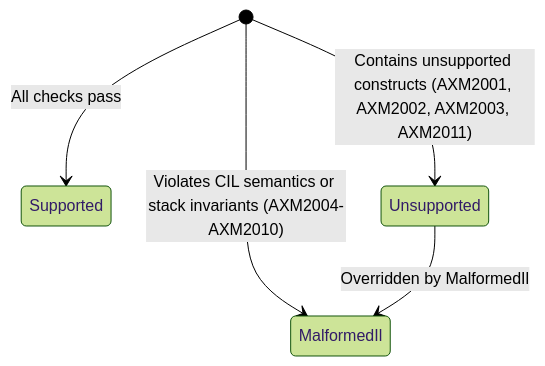
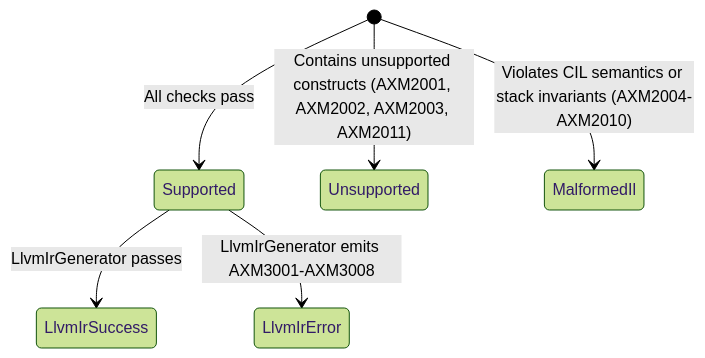
The diagram in docs/diagnostics.md (nyanworkz/Axiom.Native), drawn with Mermaid (forest theme) before and after one commit. The commit also changed other lines of this file and 14 other files, not shown here.

````diff
--- a/docs/diagnostics.md
+++ b/docs/diagnostics.md
@@ -47,8 +63,8 @@
 ```mermaid
 stateDiagram-v2
     [*] --> Supported: All checks pass
     [*] --> Unsupported: Contains unsupported constructs (AXM2001, AXM2002, AXM2003, AXM2011)
     [*] --> MalformedIl: Violates CIL semantics or stack invariants (AXM2004-AXM2010)
-
-    Unsupported --> MalformedIl: Overridden by MalformedIl
+    Supported --> LlvmIrSuccess: LlvmIrGenerator passes
+    Supported --> LlvmIrError: LlvmIrGenerator emits AXM3001-AXM3008
 ```
````
